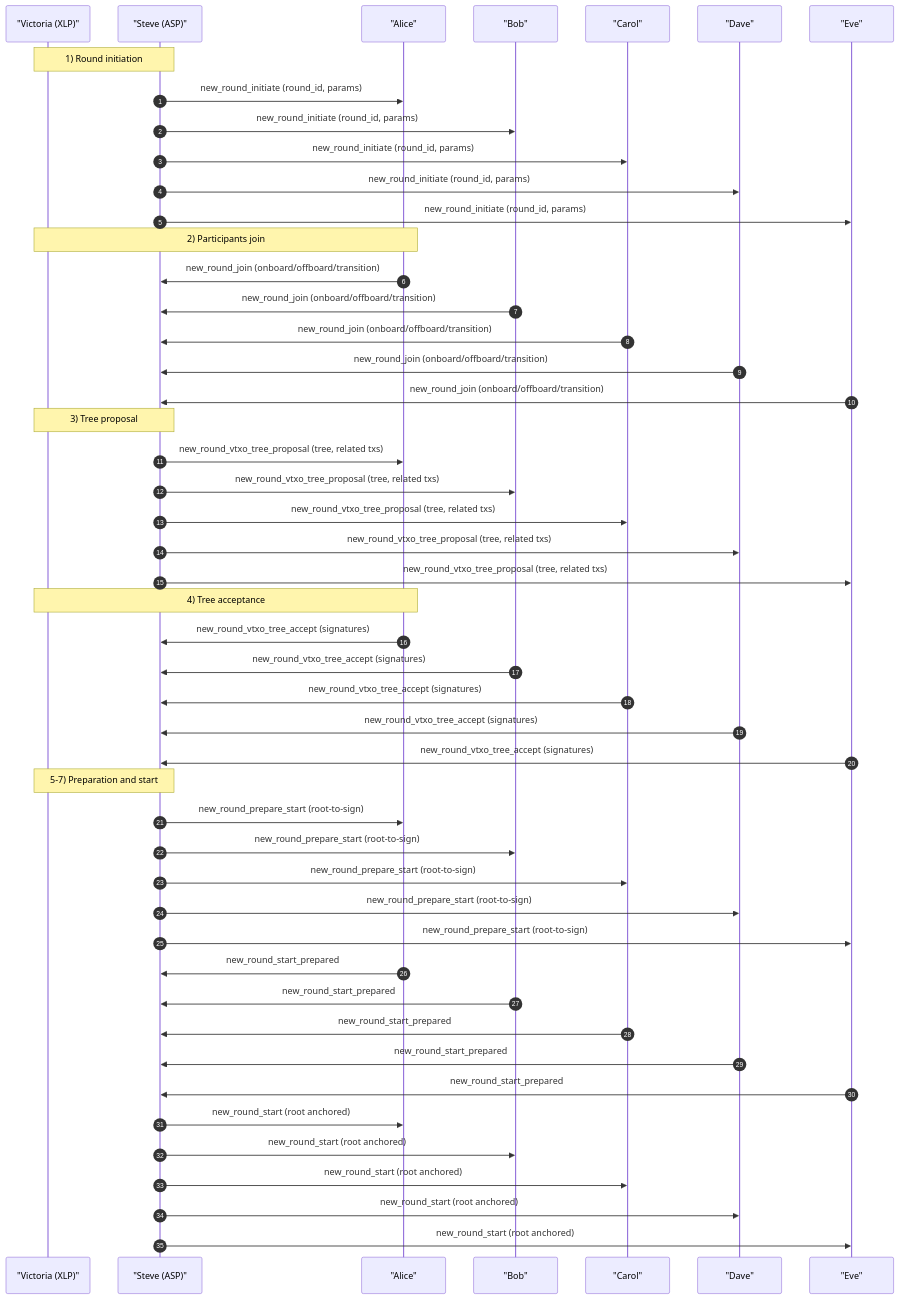
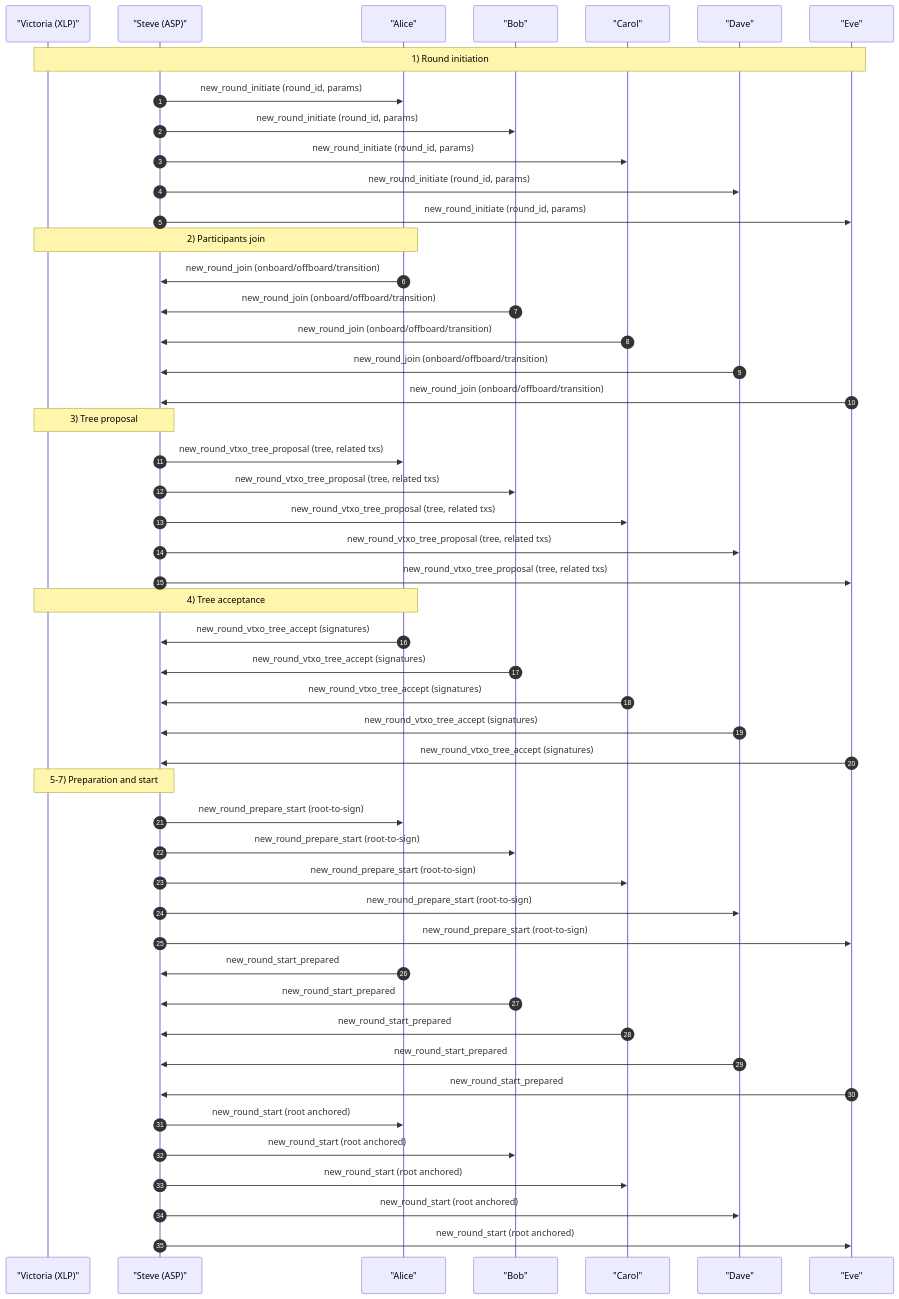
One commit to dukeh3/openark changed the second of 2 diagrams in open_ark_bolt_fixed_with_example1_seq.md. Above: the diagram before and after it, drawn with Mermaid. The commit also changed 1 other file, not shown here.

Commit message:
Now right file

````diff
--- a/open_ark_bolt_fixed_with_example1_seq.md
+++ b/open_ark_bolt_fixed_with_example1_seq.md
@@ -284,58 +284,58 @@
 ```mermaid
 sequenceDiagram
     autonumber
     participant Victoria as "Victoria (XLP)"
     participant Steve as "Steve (ASP)"
     participant Alice as "Alice"
     participant Bob as "Bob"
     participant Carol as "Carol"
     participant Dave as "Dave"
     participant Eve as "Eve"
 
-    Note over Steve,Victoria: 1) Round initiation
+    Note over Victoria, Eve: 1) Round initiation
     Steve->>Alice: new_round_initiate (round_id, params)
     Steve->>Bob: new_round_initiate (round_id, params)
     Steve->>Carol: new_round_initiate (round_id, params)
     Steve->>Dave: new_round_initiate (round_id, params)
     Steve->>Eve: new_round_initiate (round_id, params)
 
     Note over Alice,Victoria: 2) Participants join
     Alice->>Steve: new_round_join (onboard/offboard/transition)
     Bob->>Steve: new_round_join (onboard/offboard/transition)
     Carol->>Steve: new_round_join (onboard/offboard/transition)
     Dave->>Steve: new_round_join (onboard/offboard/transition)
     Eve->>Steve: new_round_join (onboard/offboard/transition)
 
     Note over Steve,Victoria: 3) Tree proposal
     Steve->>Alice: new_round_vtxo_tree_proposal (tree, related txs)
     Steve->>Bob: new_round_vtxo_tree_proposal (tree, related txs)
     Steve->>Carol: new_round_vtxo_tree_proposal (tree, related txs)
     Steve->>Dave: new_round_vtxo_tree_proposal (tree, related txs)
     Steve->>Eve: new_round_vtxo_tree_proposal (tree, related txs)
 
     Note over Alice,Victoria: 4) Tree acceptance
     Alice->>Steve: new_round_vtxo_tree_accept (signatures)
     Bob->>Steve: new_round_vtxo_tree_accept (signatures)
     Carol->>Steve: new_round_vtxo_tree_accept (signatures)
     Dave->>Steve: new_round_vtxo_tree_accept (signatures)
     Eve->>Steve: new_round_vtxo_tree_accept (signatures)
 
     Note over Steve,Victoria: 5-7) Preparation and start
     Steve->>Alice: new_round_prepare_start (root-to-sign)
     Steve->>Bob: new_round_prepare_start (root-to-sign)
     Steve->>Carol: new_round_prepare_start (root-to-sign)
     Steve->>Dave: new_round_prepare_start (root-to-sign)
     Steve->>Eve: new_round_prepare_start (root-to-sign)
 
     Alice->>Steve: new_round_start_prepared
     Bob->>Steve: new_round_start_prepared
     Carol->>Steve: new_round_start_prepared
     Dave->>Steve: new_round_start_prepared
     Eve->>Steve: new_round_start_prepared
 
     Steve->>Alice: new_round_start (root anchored)
     Steve->>Bob: new_round_start (root anchored)
     Steve->>Carol: new_round_start (root anchored)
     Steve->>Dave: new_round_start (root anchored)
     Steve->>Eve: new_round_start (root anchored)
 ```
````
